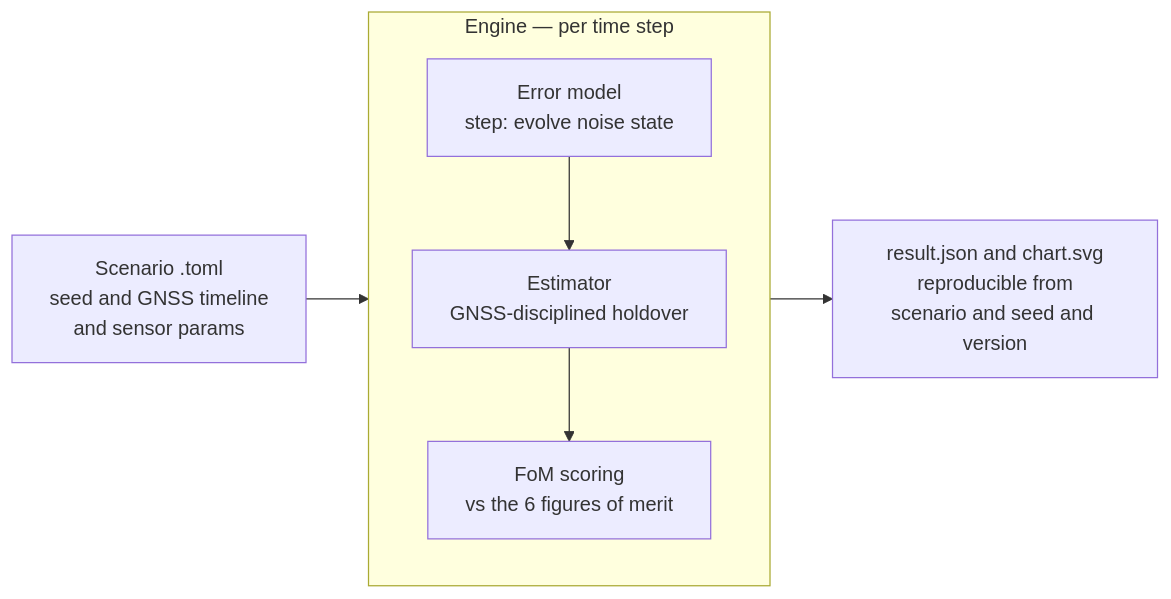
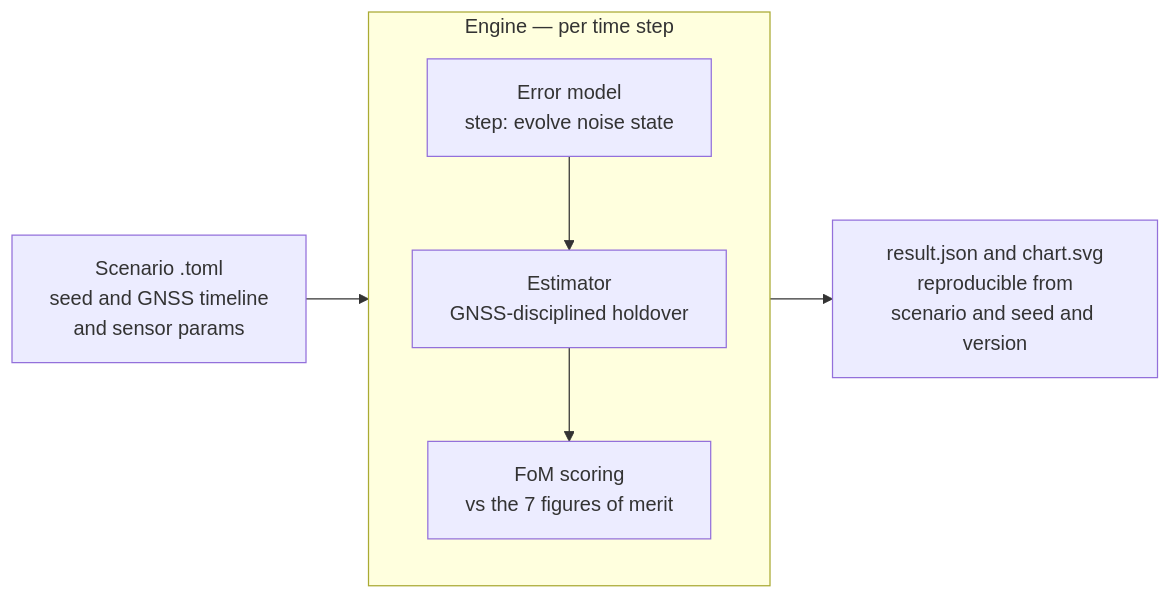
The diagram in docs/diagrams/engine-flow.mmd (ashfordeOU/kshana), drawn with Mermaid before and after one commit. The commit also changed 5 other files, not shown here.

```diff
--- a/docs/diagrams/engine-flow.mmd
+++ b/docs/diagrams/engine-flow.mmd
@@ -1,9 +1,9 @@
 %% id="engine-flow"
 flowchart LR
     SCN["Scenario .toml<br/>seed and GNSS timeline<br/>and sensor params"] --> ENG
     subgraph ENG["Engine — per time step"]
       direction TB
       M["Error model<br/>step: evolve noise state"] --> E["Estimator<br/>GNSS-disciplined holdover"]
-      E --> F["FoM scoring<br/>vs the 6 figures of merit"]
+      E --> F["FoM scoring<br/>vs the 7 figures of merit"]
     end
     ENG --> OUT["result.json and chart.svg<br/>reproducible from<br/>scenario and seed and version"]
```
